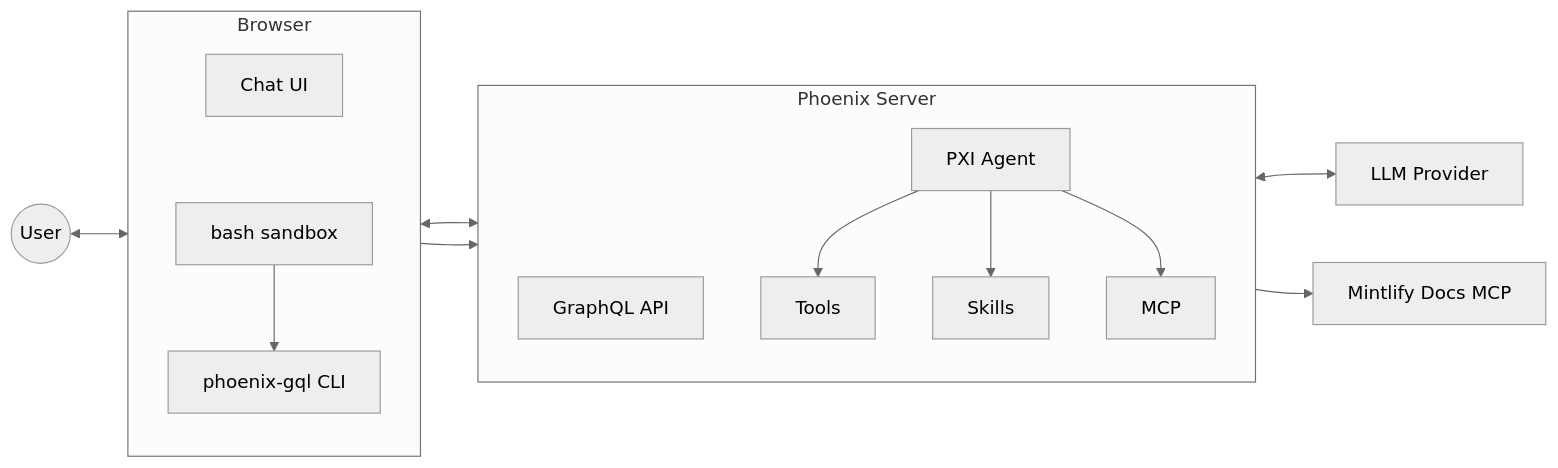
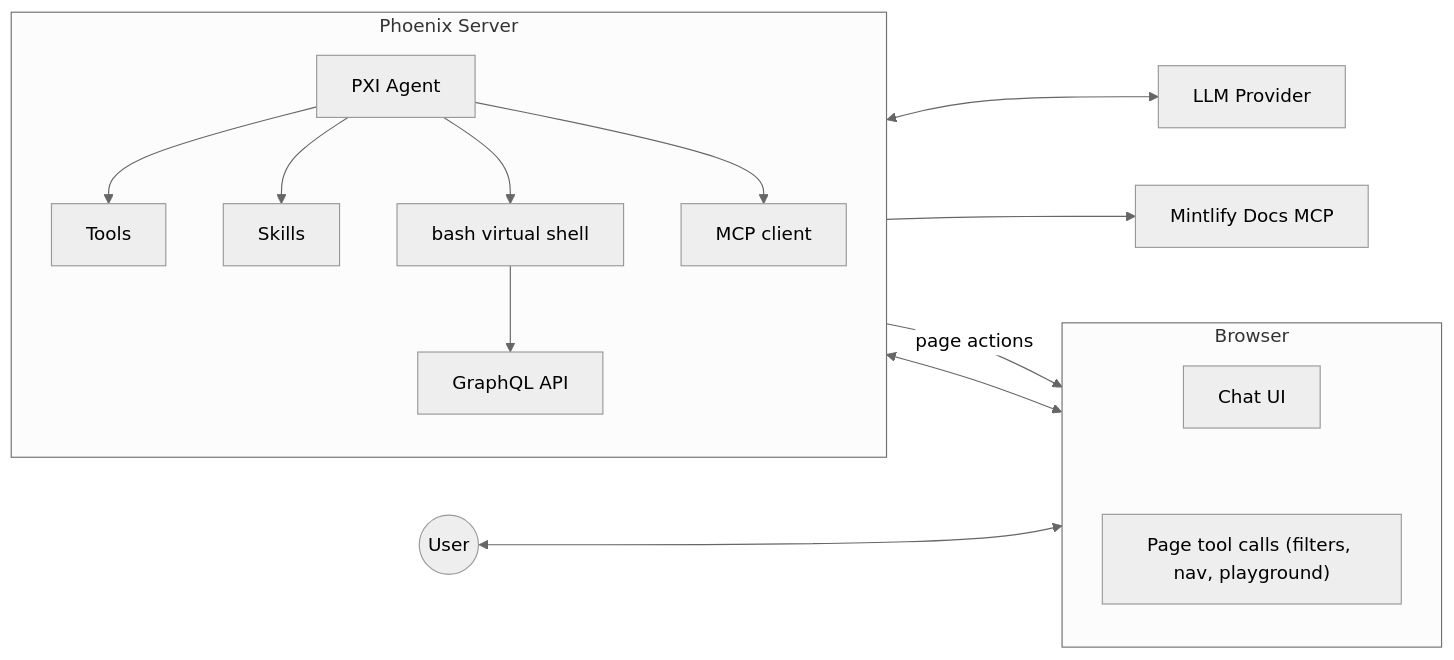
Before and after one commit to EladAriel/fullstack-llm-wiki: the diagram in frameworks/observability/phoenix/content/pxi.md, drawn with Mermaid (neutral theme). The commit also changed other lines of this file and 19581 other files, not shown here.

````diff
--- a/frameworks/observability/phoenix/content/pxi.md
+++ b/frameworks/observability/phoenix/content/pxi.md
@@ -269,34 +372,35 @@
   ```mermaid
   flowchart LR
       User((User))
 
       subgraph Browser["Browser"]
           direction TB
           ChatUI["Chat UI"]
-          Bash["bash sandbox"]
-          PhoenixGQL["phoenix-gql CLI"]
-          ChatUI ~~~ Bash
-          Bash --> PhoenixGQL
+          PageTools["Page tool calls (filters, nav, playground)"]
+          ChatUI ~~~ PageTools
       end
 
       subgraph Server["Phoenix Server"]
           direction TB
-          GraphQL["GraphQL API"]
           Agent["PXI Agent"]
           Tools["Tools"]
           Skills["Skills"]
-          MCP["MCP"]
+          Bash["bash virtual shell"]
+          GraphQL["GraphQL API"]
+          MCP["MCP client"]
           Agent --> Tools
           Agent --> Skills
+          Agent --> Bash
+          Bash --> GraphQL
           Agent --> MCP
       end
 
       LLM["LLM Provider"]
       Docs["Mintlify Docs MCP"]
 
       User <--> ChatUI
       ChatUI <--> Agent
-      PhoenixGQL --> GraphQL
+      Agent -->|page actions| PageTools
       Agent <--> LLM
       MCP --> Docs
   ```
````
